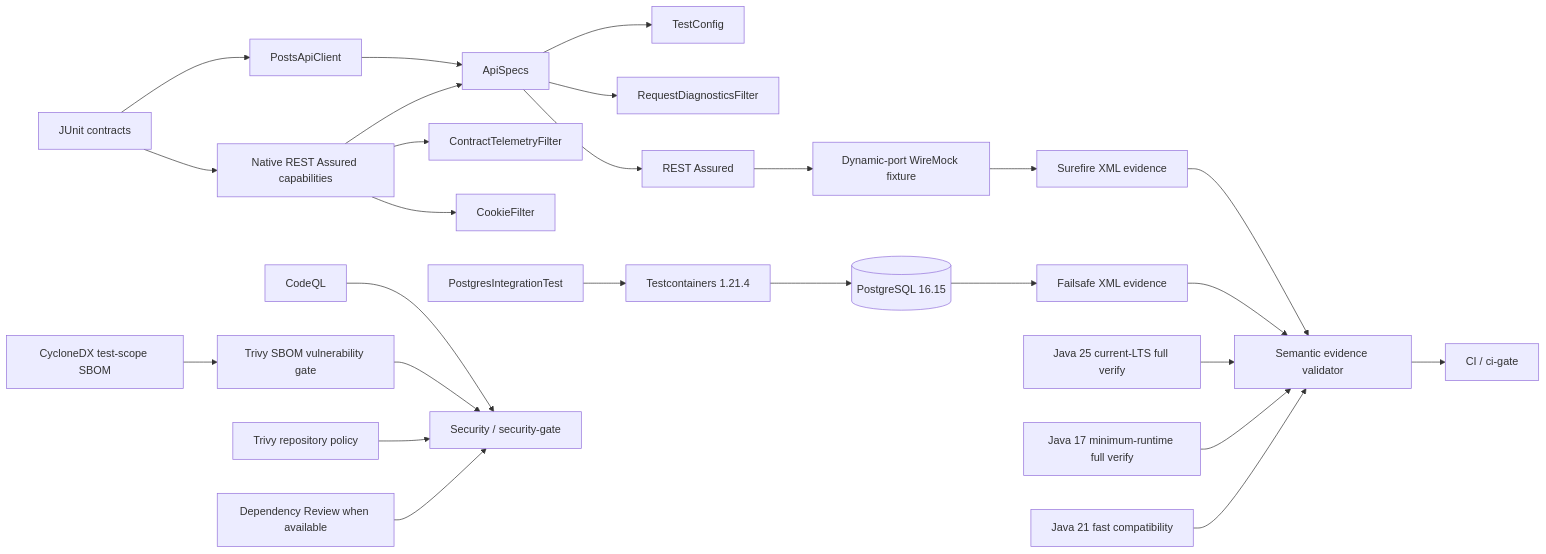
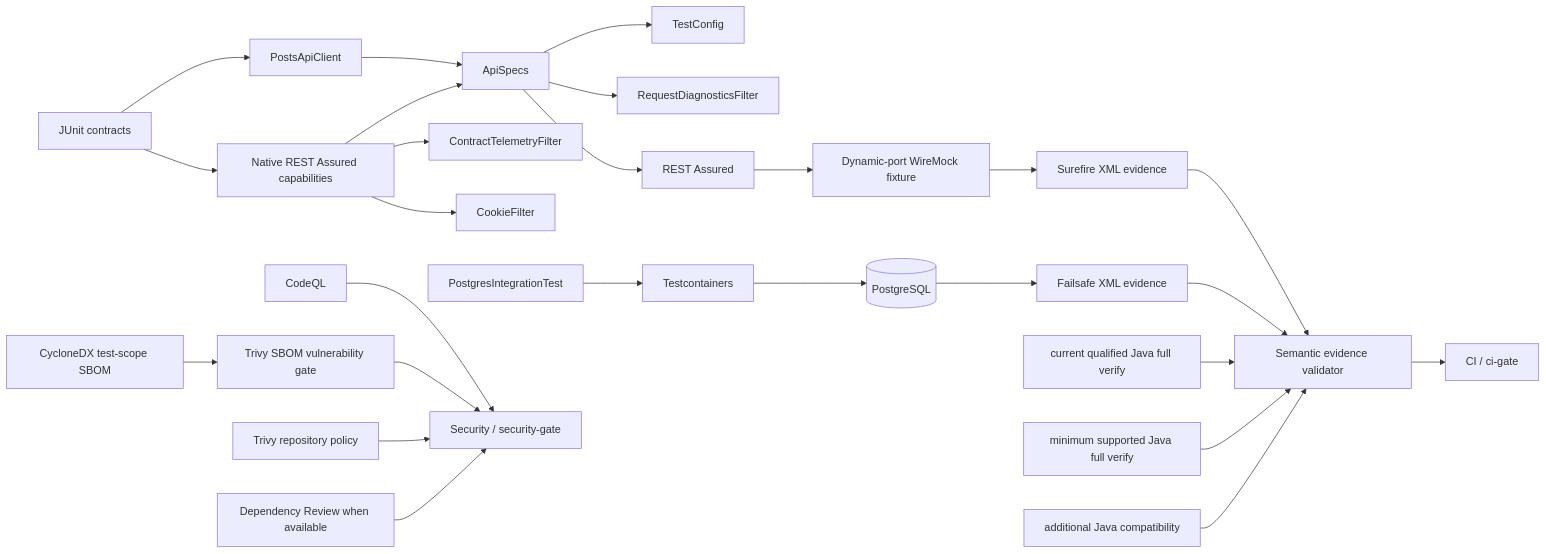
One commit to portyu9/qa-automation-java-restassured changed the diagram in README.md. Above: the diagram before and after it, drawn with Mermaid. The commit also changed other lines of this file and 5 other files, not shown here.

````diff
--- a/README.md
+++ b/README.md
@@ -46,32 +46,32 @@
 ```mermaid
 flowchart LR
     TEST[JUnit contracts] --> CLIENT[PostsApiClient]
     TEST --> NATIVE[Native REST Assured capabilities]
     CLIENT --> SPEC[ApiSpecs]
     NATIVE --> SPEC
     SPEC --> CFG[TestConfig]
     SPEC --> DIAG[RequestDiagnosticsFilter]
     NATIVE --> TELE[ContractTelemetryFilter]
     NATIVE --> COOKIE[CookieFilter]
     SPEC --> RA[REST Assured]
     RA --> WM[Dynamic-port WireMock fixture]
 
-    DBTEST[PostgresIntegrationTest] --> TC[Testcontainers 1.21.4]
-    TC --> PG[(PostgreSQL 16.15)]
+    DBTEST[PostgresIntegrationTest] --> TC[Testcontainers]
+    TC --> PG[(PostgreSQL)]
 
     WM --> SURE[Surefire XML evidence]
     PG --> FAIL[Failsafe XML evidence]
     SURE --> EVIDENCE[Semantic evidence validator]
     FAIL --> EVIDENCE
 
-    J25[Java 25 current-LTS full verify] --> EVIDENCE
-    J17[Java 17 minimum-runtime full verify] --> EVIDENCE
-    J21[Java 21 fast compatibility] --> EVIDENCE
+    J25[current qualified Java full verify] --> EVIDENCE
+    J17[minimum supported Java full verify] --> EVIDENCE
+    J21[additional Java compatibility] --> EVIDENCE
 
     CODEQL[CodeQL] --> SG[Security / security-gate]
     BOM[CycloneDX test-scope SBOM] --> SBOMSCAN[Trivy SBOM vulnerability gate]
     SBOMSCAN --> SG
     REPO[Trivy repository policy] --> SG
     DEP[Dependency Review when available] --> SG
     EVIDENCE --> CIG[CI / ci-gate]
 ```
````
